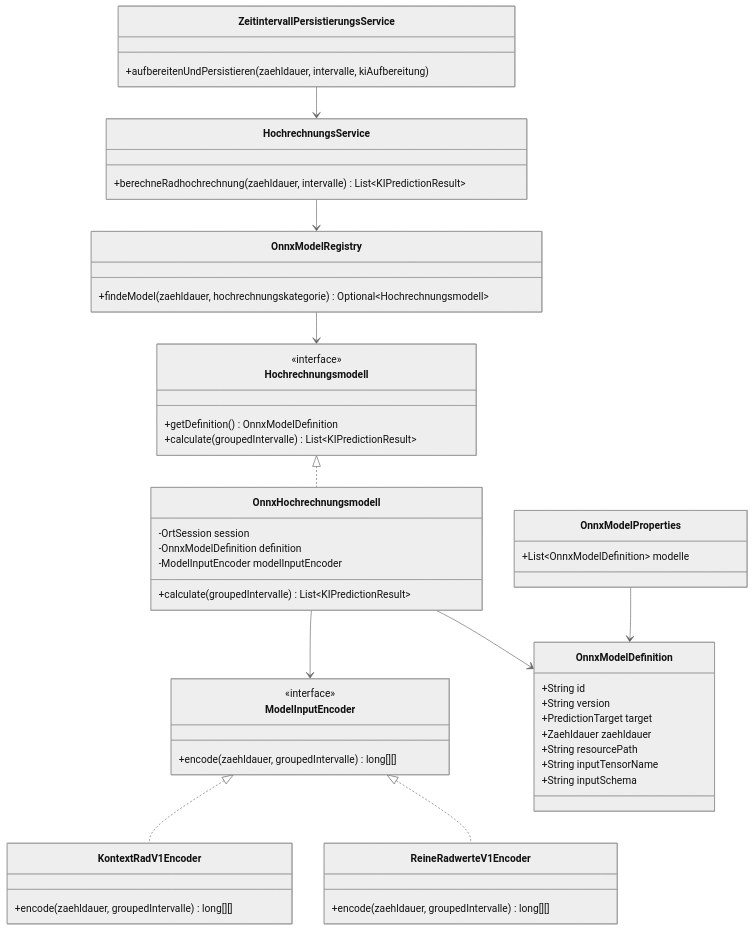
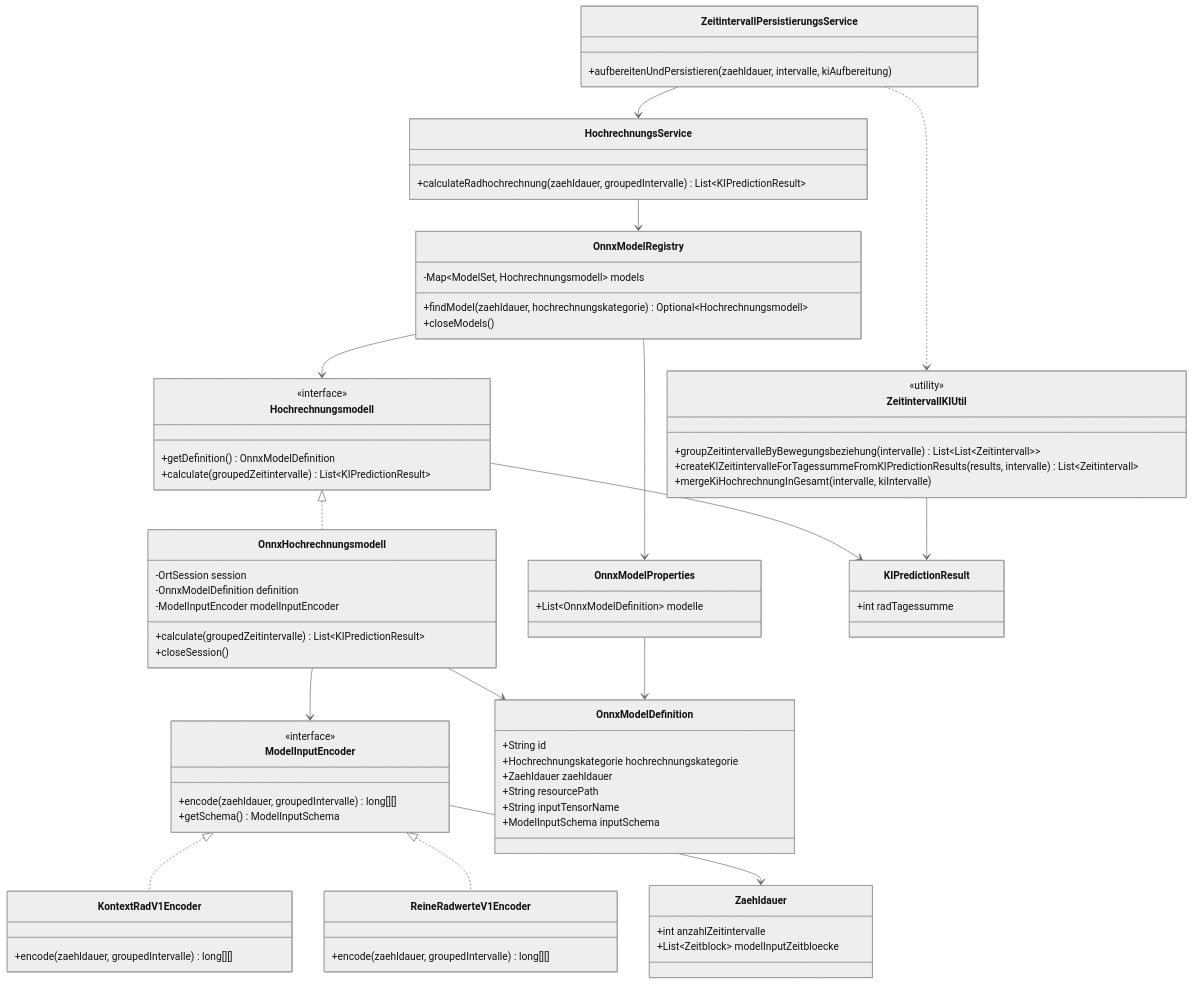
The diagram in docs/plan-ki-rad-hochrechnung-13h-16h.md (it-at-m/dave-backend), drawn with Mermaid (neutral theme) before and after one commit. The commit also changed 16 other files, not shown here.

````diff
--- a/docs/plan-ki-rad-hochrechnung-13h-16h.md
+++ b/docs/plan-ki-rad-hochrechnung-13h-16h.md
@@ -45,29 +45,33 @@
     }
 
     class HochrechnungsService {
-        +berechneRadhochrechnung(zaehldauer, intervalle) List~KIPredictionResult~
+        +calculateRadhochrechnung(zaehldauer, groupedIntervalle) List~KIPredictionResult~
     }
 
     class OnnxModelRegistry {
-        +findeModel(zaehldauer, hochrechnungskategorie) Optional~Hochrechnungsmodell~
+        -Map~ModelSet, Hochrechnungsmodell~ models
+        +findModel(zaehldauer, hochrechnungskategorie) Optional~Hochrechnungsmodell~
+        +closeModels()
     }
 
     class Hochrechnungsmodell {
         <<interface>>
         +getDefinition() OnnxModelDefinition
-        +calculate(groupedIntervalle) List~KIPredictionResult~
+        +calculate(groupedZeitintervalle) List~KIPredictionResult~
     }
 
     class OnnxHochrechnungsmodell {
         -OrtSession session
         -OnnxModelDefinition definition
         -ModelInputEncoder modelInputEncoder
-        +calculate(groupedIntervalle) List~KIPredictionResult~
+        +calculate(groupedZeitintervalle) List~KIPredictionResult~
+        +closeSession()
     }
 
     class ModelInputEncoder {
         <<interface>>
         +encode(zaehldauer, groupedIntervalle) long[][]
+        +getSchema() ModelInputSchema
     }
 
     class KontextRadV1Encoder {
@@ -80,25 +84,45 @@
 
     class OnnxModelDefinition {
         +String id
-        +String version
-        +PredictionTarget target
+        +Hochrechnungskategorie hochrechnungskategorie
         +Zaehldauer zaehldauer
         +String resourcePath
         +String inputTensorName
-        +String inputSchema
+        +ModelInputSchema inputSchema
     }
 
     class OnnxModelProperties {
         +List~OnnxModelDefinition~ modelle
     }
 
+    class Zaehldauer {
+        +int anzahlZeitintervalle
+        +List~Zeitblock~ modelInputZeitbloecke
+    }
+
+    class KIPredictionResult {
+        +int radTagessumme
+    }
+
+    class ZeitintervallKIUtil {
+        <<utility>>
+        +groupZeitintervalleByBewegungsbeziehung(intervalle) List~List~Zeitintervall~~
+        +createKIZeitintervalleForTagessummeFromKIPredictionResults(results, intervalle) List~Zeitintervall~
+        +mergeKiHochrechnungInGesamt(intervalle, kiIntervalle)
+    }
+
     ZeitintervallPersistierungsService --> HochrechnungsService
+    ZeitintervallPersistierungsService ..> ZeitintervallKIUtil
     HochrechnungsService --> OnnxModelRegistry
     OnnxModelRegistry --> Hochrechnungsmodell
+    OnnxModelRegistry --> OnnxModelProperties
     Hochrechnungsmodell <|.. OnnxHochrechnungsmodell
     OnnxHochrechnungsmodell --> OnnxModelDefinition
     OnnxHochrechnungsmodell --> ModelInputEncoder
     ModelInputEncoder <|.. KontextRadV1Encoder
     ModelInputEncoder <|.. ReineRadwerteV1Encoder
     OnnxModelProperties --> OnnxModelDefinition
+    ModelInputEncoder --> Zaehldauer
+    Hochrechnungsmodell --> KIPredictionResult
+    ZeitintervallKIUtil --> KIPredictionResult
 ```
````
